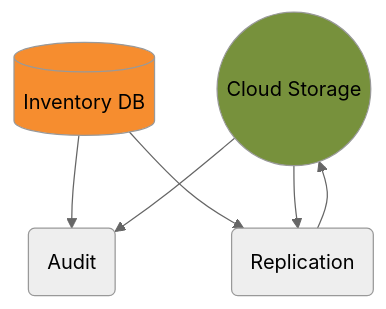
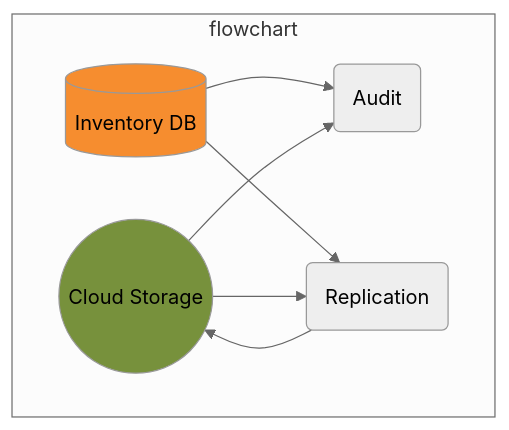
The diagram in diagrams/overview-replic.mmd (CDLUC3/mrt-doc), drawn with Mermaid before and after one commit. The commit also changed 34 other files, not shown here.

```diff
--- a/diagrams/overview-replic.mmd
+++ b/diagrams/overview-replic.mmd
@@ -1,14 +1,17 @@
 %%{init: {'theme': 'neutral'}}%%
 graph TD
-    CLOUD(("Cloud Storage"))
-    RDS[(Inventory DB)]
-    AUD(Audit)
-    REP(Replication)
+  CLOUD(("Cloud Storage"))
+  RDS[(Inventory DB)]
+  AUD(Audit)
+  REP(Replication)
+
+  subgraph flowchart
     RDS --> AUD
     RDS --> REP
     CLOUD --> AUD
     CLOUD --> REP
     REP --> CLOUD
+  end
 
-    style CLOUD fill:#77913C
-    style RDS fill:#F68D2F
+  style CLOUD fill:#77913C
+  style RDS fill:#F68D2F
```
